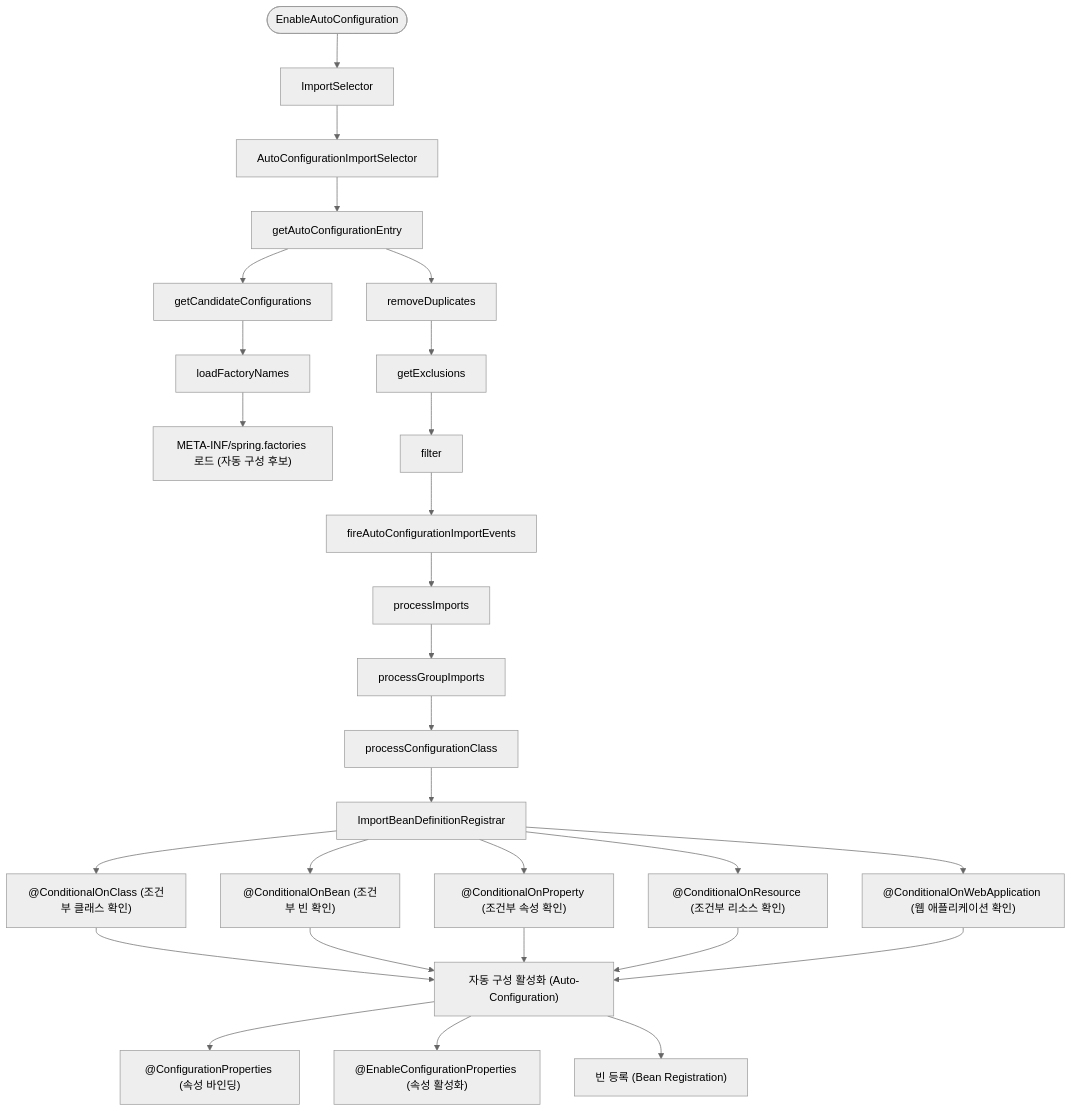
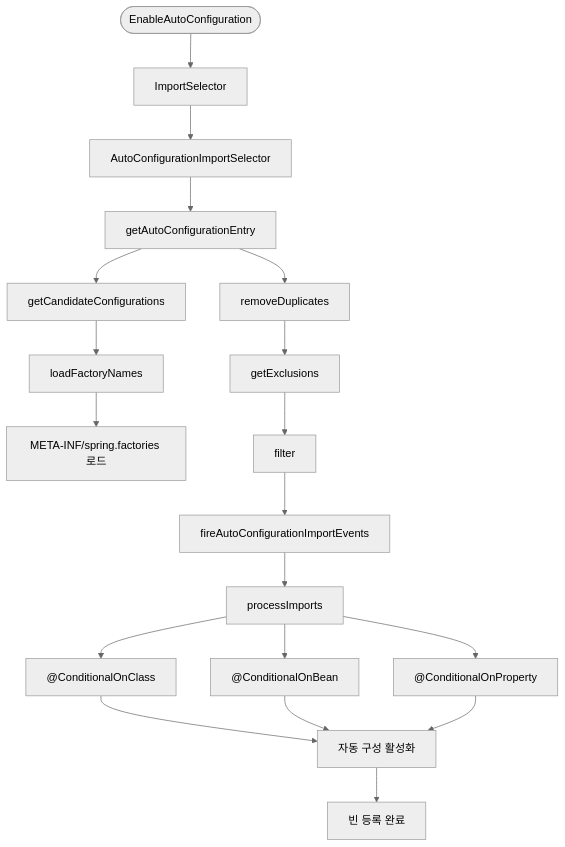
One commit to csj4032/primavera changed the first of 2 diagrams in chap00/README.md. Above: the diagram before and after it, drawn with Mermaid (neutral theme). The commit also changed other lines of this file and 3 other files, not shown here.

Commit message:
feat: update README.md with chapters on Spring Boot configuration, dependency injection, MVC, and AOP; enhance schema.sql with user, role, and winner tables

````diff
--- a/chap00/README.md
+++ b/chap00/README.md
@@ -55,36 +69,26 @@
 ```mermaid
 flowchart TB
     start([EnableAutoConfiguration]) --> importSelector[ImportSelector]
     importSelector --> autoConfigImport[AutoConfigurationImportSelector]
     autoConfigImport --> getAutoConfigurationEntry[getAutoConfigurationEntry]
     
     getAutoConfigurationEntry --> getCandidateConfigurations[getCandidateConfigurations]
     getCandidateConfigurations --> loadFactoryNames[loadFactoryNames]
-    loadFactoryNames --> springFactories["META-INF/spring.factories 로드 (자동 구성 후보)"]
+    loadFactoryNames --> springFactories["META-INF/spring.factories 로드"]
     
     getAutoConfigurationEntry --> removeDuplicates[removeDuplicates]
     removeDuplicates --> exclude[getExclusions]
     exclude --> filter[filter]
     filter --> fireEvents[fireAutoConfigurationImportEvents]
     
     fireEvents --> processImports[processImports]
-    processImports --> processGroupImports[processGroupImports]
-    processGroupImports --> processConfigurationClass[processConfigurationClass]
-    processConfigurationClass --> importBeanDefinitionRegistrar[ImportBeanDefinitionRegistrar]
+    processImports --> conditionalOnClass["@ConditionalOnClass"]
+    processImports --> conditionalOnBean["@ConditionalOnBean"]
+    processImports --> conditionalOnProperty["@ConditionalOnProperty"]
     
-    importBeanDefinitionRegistrar --> conditionalOnClass["@ConditionalOnClass (조건부 클래스 확인)"]
-    importBeanDefinitionRegistrar --> conditionalOnBean["@ConditionalOnBean (조건부 빈 확인)"]
-    importBeanDefinitionRegistrar --> conditionalOnProperty["@ConditionalOnProperty (조건부 속성 확인)"]
-    importBeanDefinitionRegistrar --> conditionalOnResource["@ConditionalOnResource (조건부 리소스 확인)"]
-    importBeanDefinitionRegistrar --> conditionalOnWebApplication["@ConditionalOnWebApplication (웹 애플리케이션 확인)"]
-    
-    conditionalOnClass --> autoConfigure["자동 구성 활성화 (Auto-Configuration)"]
+    conditionalOnClass --> autoConfigure["자동 구성 활성화"]
     conditionalOnBean --> autoConfigure
     conditionalOnProperty --> autoConfigure
-    conditionalOnResource --> autoConfigure
-    conditionalOnWebApplication --> autoConfigure
     
-    autoConfigure --> configurationProperties["@ConfigurationProperties (속성 바인딩)"]
-    autoConfigure --> enableConfigurationProperties["@EnableConfigurationProperties (속성 활성화)"]
-    autoConfigure --> beanRegistration["빈 등록 (Bean Registration)"]
+    autoConfigure --> beanRegistration["빈 등록 완료"]
 ```
````
